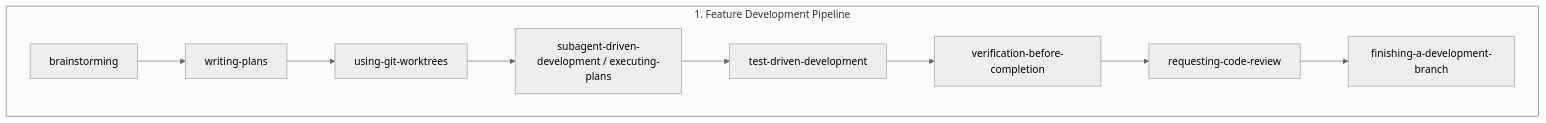
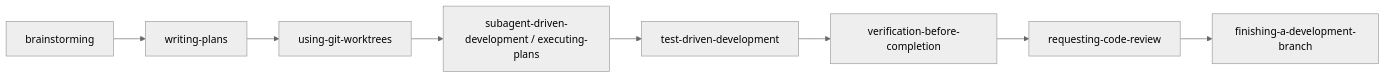
The first of 4 diagrams in docs/skill-compositions.md (Poseidoncode/superpowers-mcp), drawn with Mermaid (neutral theme) before and after one commit. The commit also changed other lines of this file and 7 other files, not shown here.

First line of the commit message:
docs(workflows): standardize 4-pipeline layouts and complete diagrams across multi-lingual docs

````diff
--- a/docs/skill-compositions.md
+++ b/docs/skill-compositions.md
@@ -27,12 +30,10 @@
 ```mermaid
-flowchart TD
-    subgraph FeaturePipeline["1. Feature Development Pipeline"]
-        F1[brainstorming] --> F2[writing-plans]
-        F2 --> F3[using-git-worktrees]
-        F3 --> F4[subagent-driven-development / executing-plans]
-        F4 --> F5[test-driven-development]
-        F5 --> F6[verification-before-completion]
-        F6 --> F7[requesting-code-review]
-        F7 --> F8[finishing-a-development-branch]
-    end
+flowchart LR
+    F1[brainstorming] --> F2[writing-plans]
+    F2 --> F3[using-git-worktrees]
+    F3 --> F4[subagent-driven-development / executing-plans]
+    F4 --> F5[test-driven-development]
+    F5 --> F6[verification-before-completion]
+    F6 --> F7[requesting-code-review]
+    F7 --> F8[finishing-a-development-branch]
 ```
````
